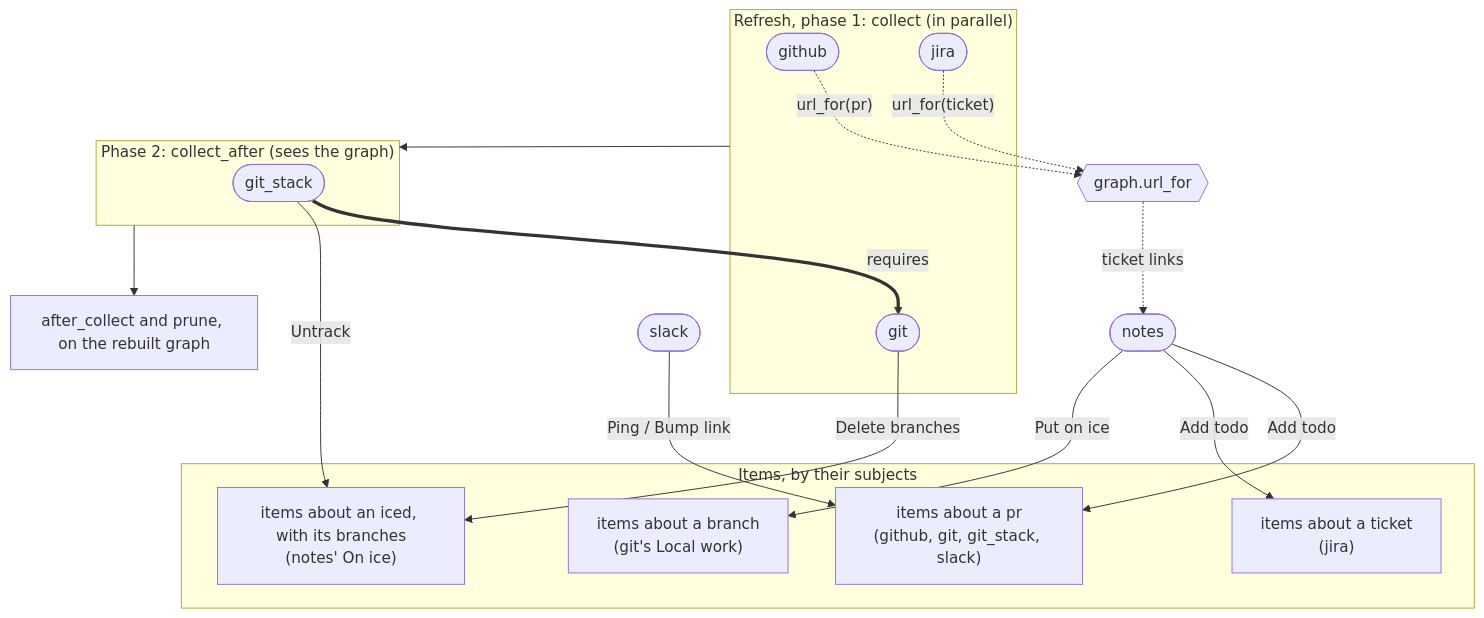
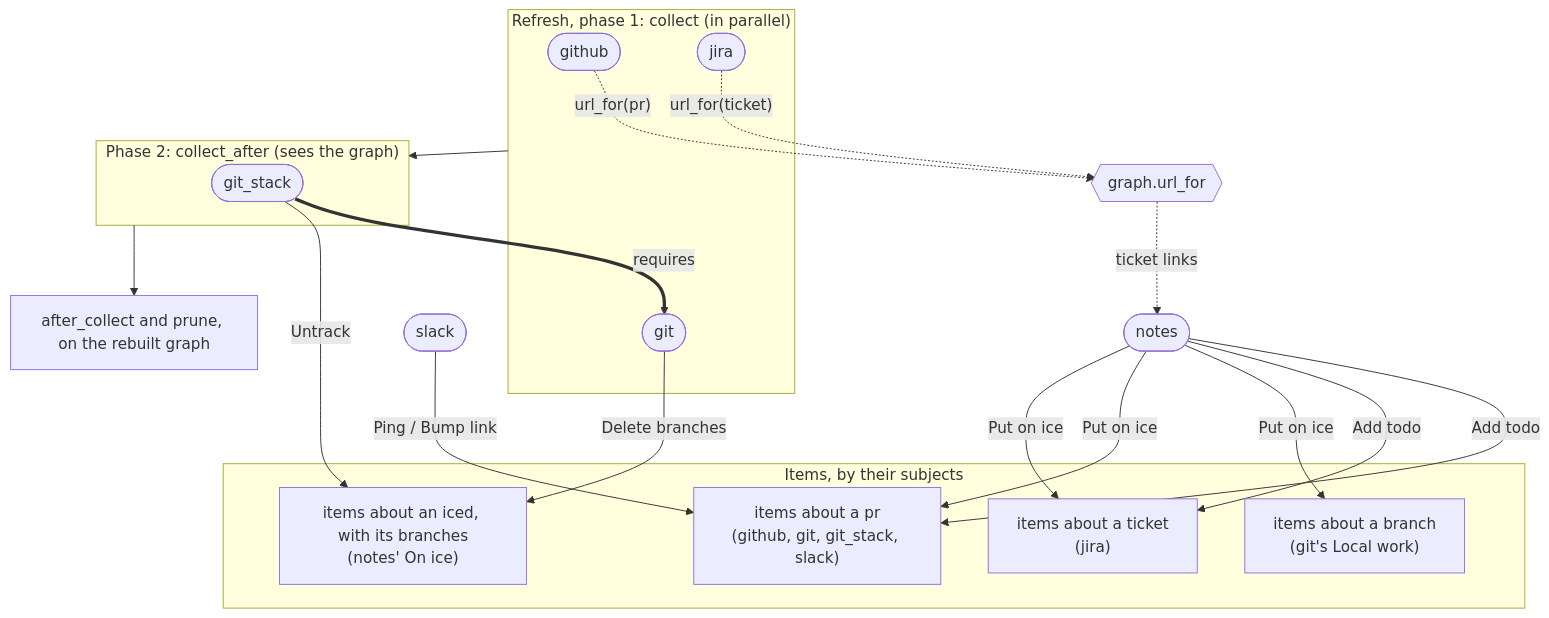
The second of 2 diagrams in docs/plugins.md (benekastah/move-forward), drawn with Mermaid before and after one commit. The commit also changed 11 other files, not shown here.

First line of the commit message:
Put PRs, tickets and work entries on ice, not just stacks

````diff
--- a/docs/plugins.md
+++ b/docs/plugins.md
@@ -61,32 +61,34 @@
 ```mermaid
 flowchart TB
     subgraph Phase1["Refresh, phase 1: collect (in parallel)"]
         github([github])
         git([git])
         jira([jira])
     end
     subgraph Phase2["Phase 2: collect_after (sees the graph)"]
         git_stack([git_stack])
     end
     Phase1 --> Phase2
     Phase2 --> after["after_collect and prune, on the rebuilt graph"]
 
     git_stack == "requires" ==> git
 
     subgraph Items["Items, by their subjects"]
         prItems["items about a pr<br/>(github, git, git_stack, slack)"]
         ticketItems["items about a ticket<br/>(jira)"]
         branchItems["items about a branch<br/>(git's Local work)"]
         icedItems["items about an iced, with its branches<br/>(notes' On ice)"]
     end
     slack([slack]) -- "Ping / Bump link" --> prItems
     notes([notes]) -- "Add todo" --> prItems
     notes -- "Add todo" --> ticketItems
     notes -- "Put on ice" --> branchItems
+    notes -- "Put on ice" --> prItems
+    notes -- "Put on ice" --> ticketItems
     git -- "Delete branches" --> icedItems
     git_stack -- "Untrack" --> icedItems
 
     github -. "url_for(pr)" .-> urls{{graph.url_for}}
     jira -. "url_for(ticket)" .-> urls
     urls -. "ticket links" .-> notes
 ```
````
